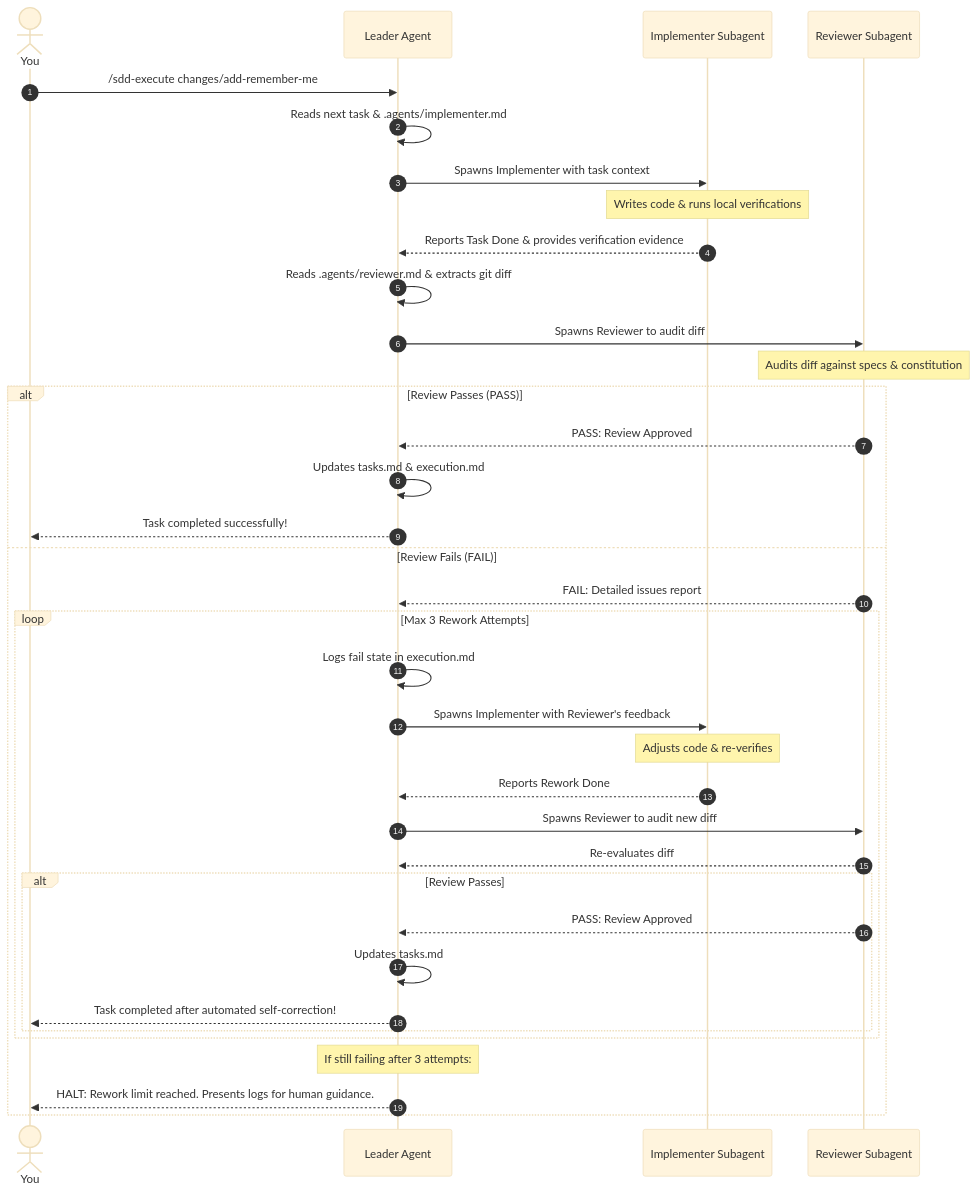
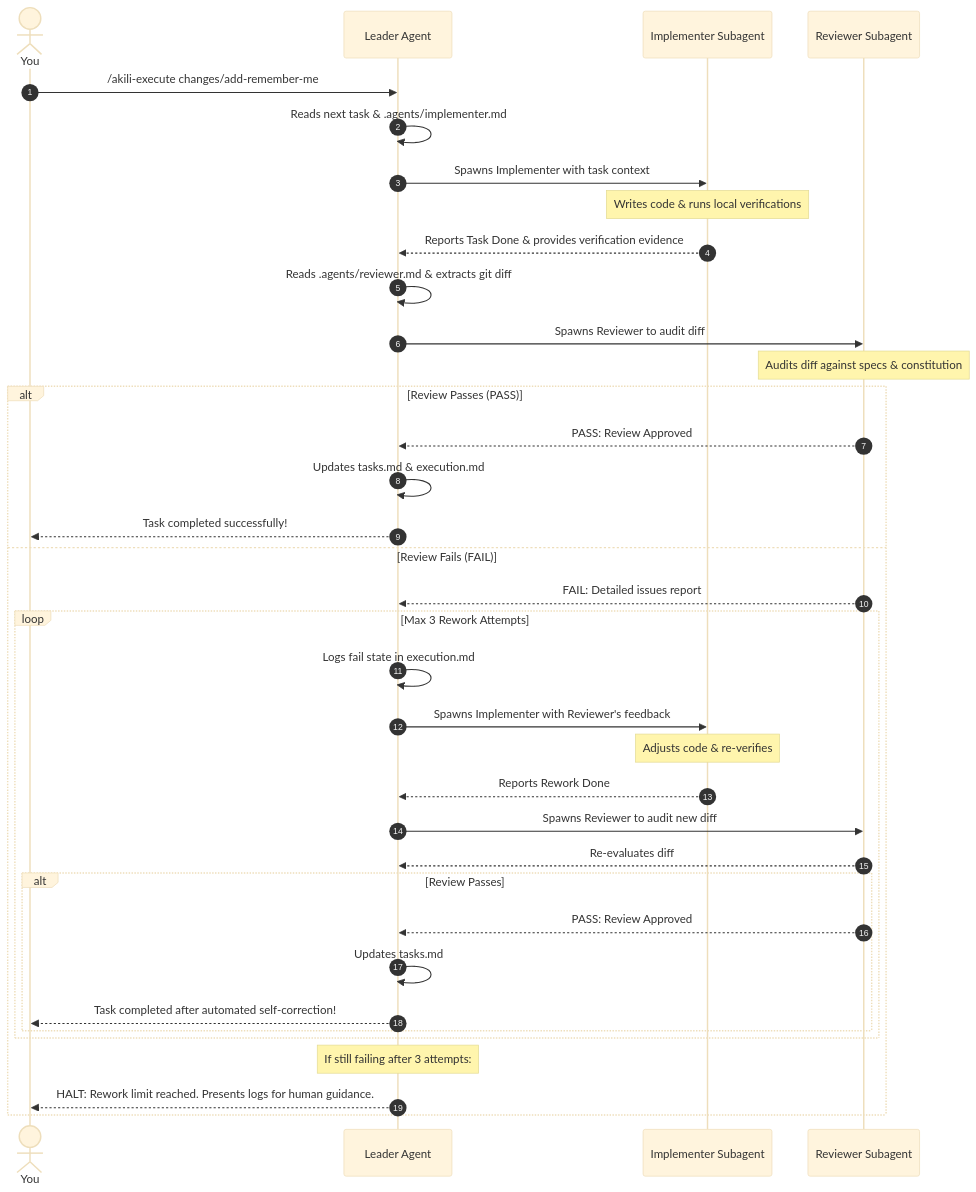
The diagram in docs/plans/2026-05-26-multi-agent-sdd-orchestration-design.md (JuankCadavid/sdd-jc-methodology), drawn with Mermaid (base theme) before and after one commit. The commit also changed other lines of this file and 84 other files, not shown here.

Commit message:
feat(branding): rebrand JCSPECS to AKILI and SDD JC to AKILI-SPECS

````diff
--- a/docs/plans/2026-05-26-multi-agent-sdd-orchestration-design.md
+++ b/docs/plans/2026-05-26-multi-agent-sdd-orchestration-design.md
@@ -49,40 +49,40 @@
 ```mermaid
 sequenceDiagram
     autonumber
     actor User as You
     participant L as Leader Agent
     participant I as Implementer Subagent
     participant R as Reviewer Subagent
 
-    User->>L: /sdd-execute changes/add-remember-me
+    User->>L: /akili-execute changes/add-remember-me
     L->>L: Reads next task & .agents/implementer.md
     L->>I: Spawns Implementer with task context
     Note over I: Writes code & runs local verifications
     I-->>L: Reports Task Done & provides verification evidence
     L->>L: Reads .agents/reviewer.md & extracts git diff
     L->>R: Spawns Reviewer to audit diff
     Note over R: Audits diff against specs & constitution
     
     alt Review Passes (PASS)
         R-->>L: PASS: Review Approved
         L->>L: Updates tasks.md & execution.md
         L-->>User: Task completed successfully!
     else Review Fails (FAIL)
         R-->>L: FAIL: Detailed issues report
         loop Max 3 Rework Attempts
             L->>L: Logs fail state in execution.md
             L->>I: Spawns Implementer with Reviewer's feedback
             Note over I: Adjusts code & re-verifies
             I-->>L: Reports Rework Done
             L->>R: Spawns Reviewer to audit new diff
             R-->>L: Re-evaluates diff
             alt Review Passes
                 R-->>L: PASS: Review Approved
                 L->>L: Updates tasks.md
                 L-->>User: Task completed after automated self-correction!
             end
         end
         Note over L: If still failing after 3 attempts:
         L-->>User: HALT: Rework limit reached. Presents logs for human guidance.
     end
 ```
````
